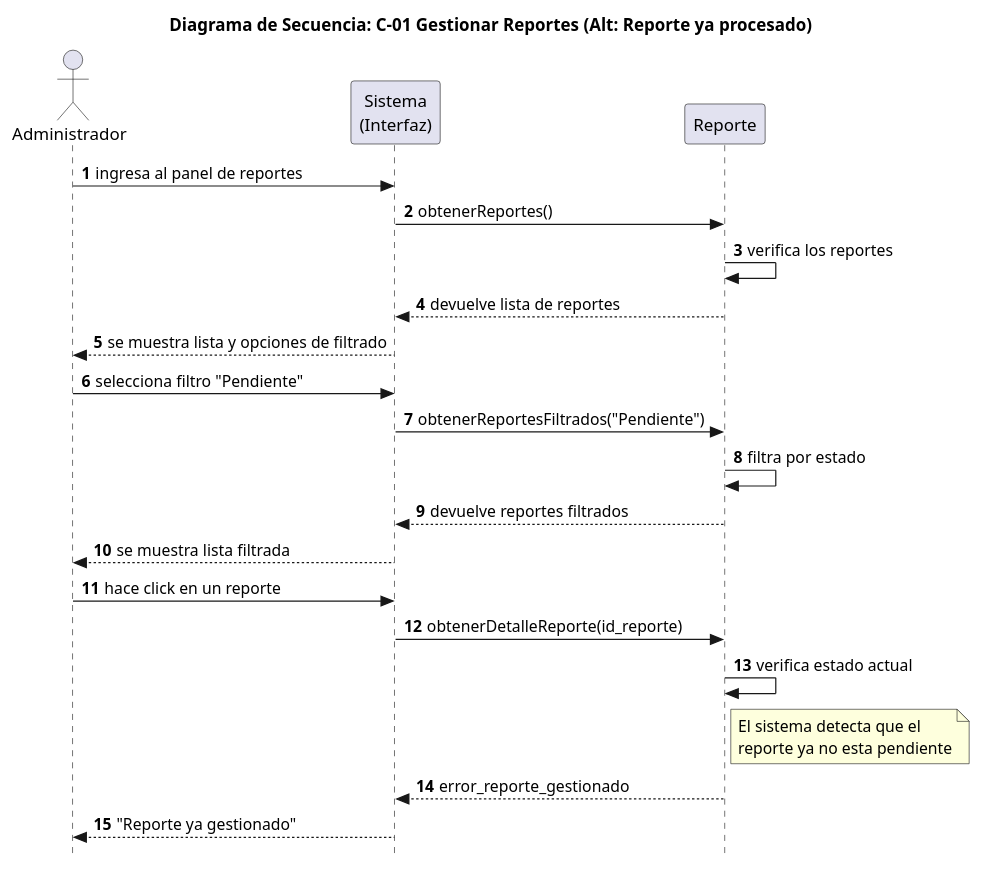
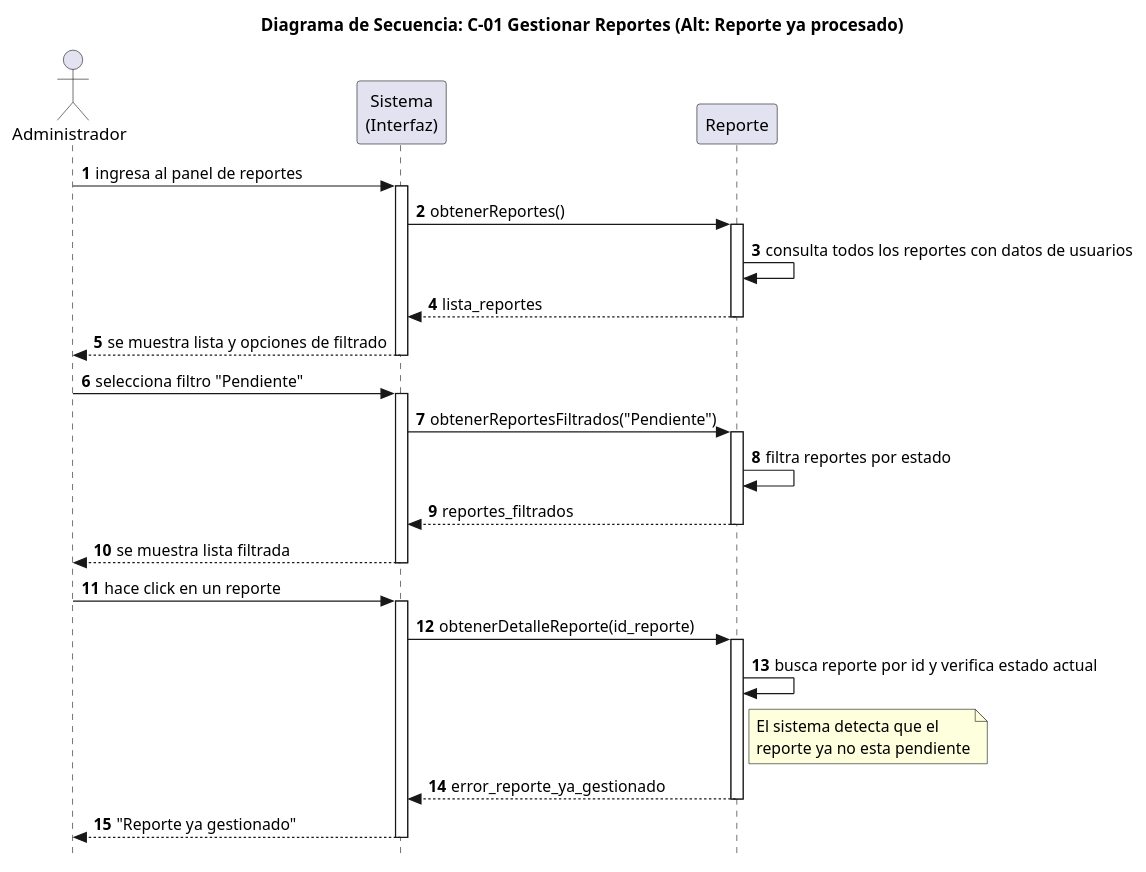
The diagram in docs/puml/C-01 Gestionar Reportes (Reporte ya procesado).puml (SantiagoScetti/sic-unne-admin), drawn with PlantUML before and after one commit. The commit also changed 5 other files, not shown here.

Commit message:
docs: refinamiento de PlantUML DS

```diff
--- a/docs/puml/C-01 Gestionar Reportes (Reporte ya procesado).puml
+++ b/docs/puml/C-01 Gestionar Reportes (Reporte ya procesado).puml
@@ -1,33 +1,58 @@
 @startuml
+
 title Diagrama de Secuencia: C-01 Gestionar Reportes (Alt: Reporte ya procesado)
+
 skinparam style strictuml
+skinparam ParticipantPadding 40
+skinparam BoxPadding 20
+
 autonumber
 
 actor Administrador
+
 participant "Sistema\n(Interfaz)" as Interfaz
-participant "Reporte" as R
+participant "Reporte"             as R
 
 Administrador -> Interfaz: ingresa al panel de reportes
+activate Interfaz
+
 Interfaz -> R: obtenerReportes()
-R -> R: verifica los reportes
-R --> Interfaz: devuelve lista de reportes
+activate R
+R -> R: consulta todos los reportes con datos de usuarios
+Interfaz <-- R: lista_reportes
+deactivate R
+
 Interfaz --> Administrador: se muestra lista y opciones de filtrado
+deactivate Interfaz
 
 Administrador -> Interfaz: selecciona filtro "Pendiente"
+activate Interfaz
+
 Interfaz -> R: obtenerReportesFiltrados("Pendiente")
-R -> R: filtra por estado
-R --> Interfaz: devuelve reportes filtrados
+activate R
+R -> R: filtra reportes por estado
+Interfaz <-- R: reportes_filtrados
+deactivate R
+
 Interfaz --> Administrador: se muestra lista filtrada
+deactivate Interfaz
 
 Administrador -> Interfaz: hace click en un reporte
+activate Interfaz
+
 Interfaz -> R: obtenerDetalleReporte(id_reporte)
+activate R
+R -> R: busca reporte por id y verifica estado actual
 
-R -> R: verifica estado actual
 note right of R
   El sistema detecta que el
   reporte ya no esta pendiente
 end note
 
-R --> Interfaz: error_reporte_gestionado
+Interfaz <-- R: error_reporte_ya_gestionado
+deactivate R
+
 Interfaz --> Administrador: "Reporte ya gestionado"
+deactivate Interfaz
+
 @enduml
```
